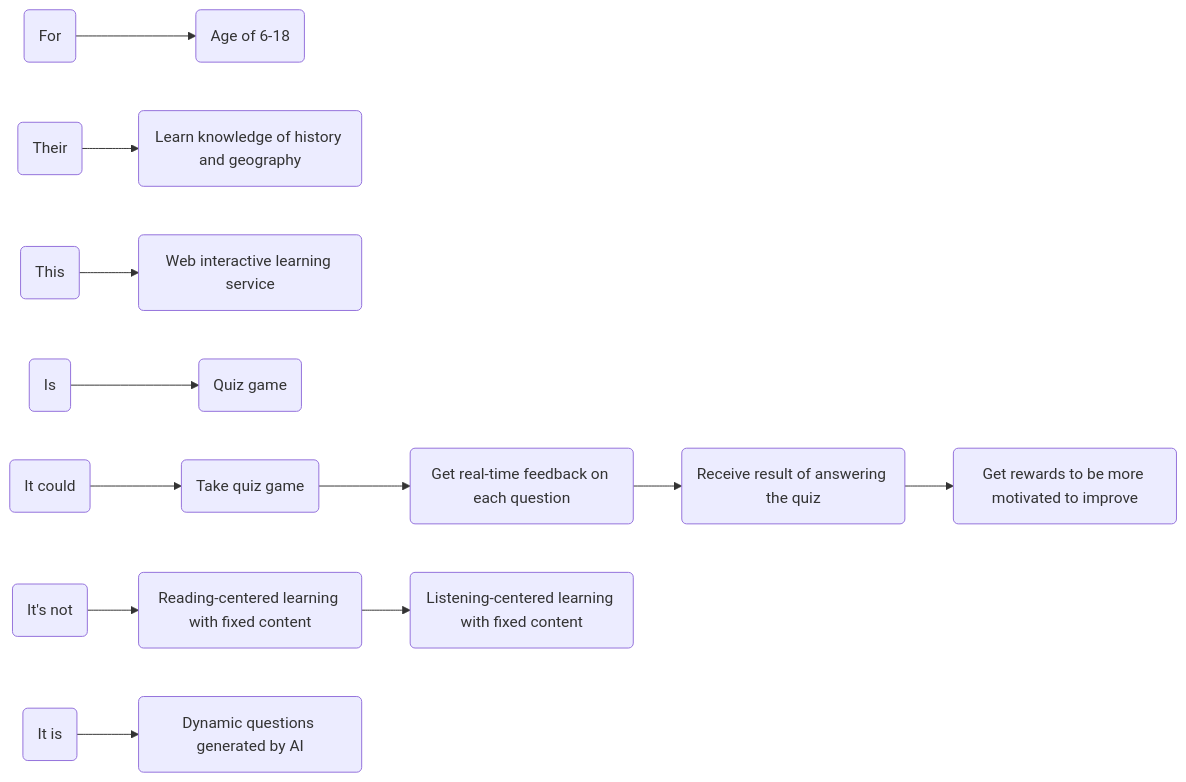
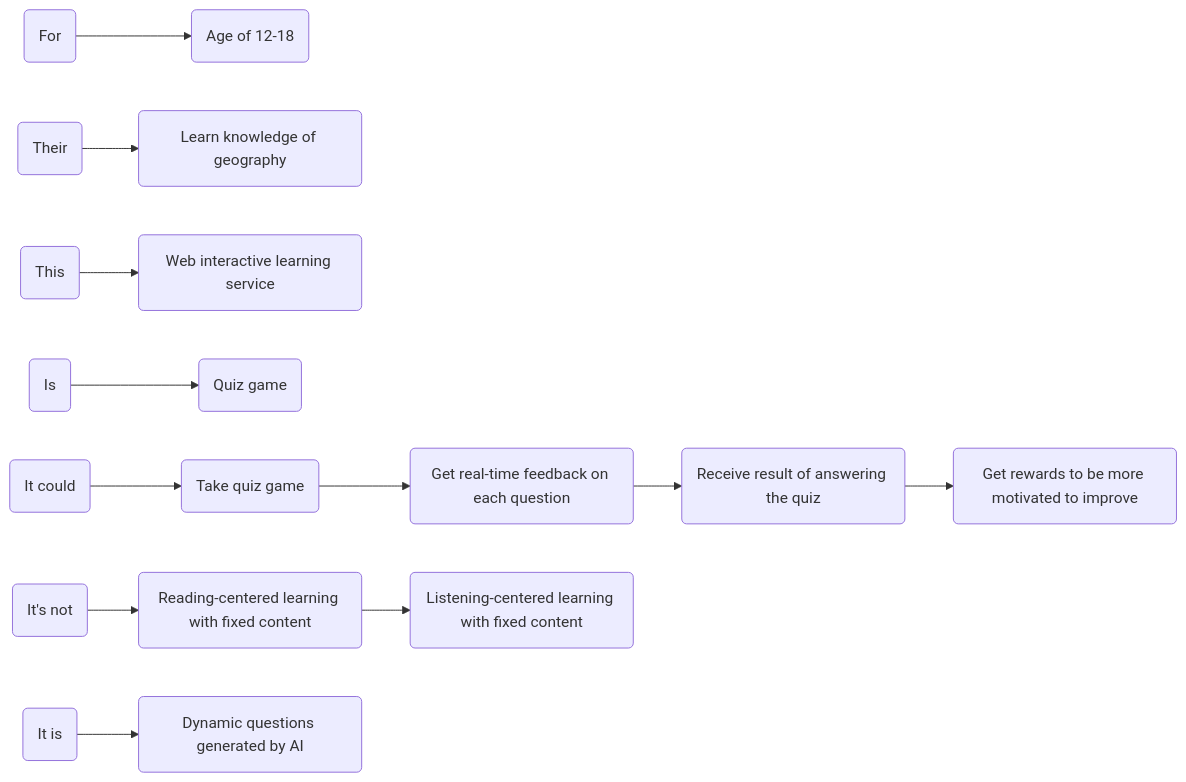
The diagram in _posts/2024-10-19-DDD3.md (zhumeisongsong/blog), drawn with Mermaid before and after one commit. The commit also changed other lines of this file and 2 other files, not shown here.

````diff
--- a/_posts/2024-10-19-DDD3.md
+++ b/_posts/2024-10-19-DDD3.md
@@ -65,20 +65,20 @@
 ```mermaid
 graph LR
-A(For) --> B(Age of 6-18)
+A(For) --> B(Age of 12-18)
 
-C(Their) --> D(Learn knowledge of history and geography)
+C(Their) --> D(Learn knowledge of geography)
 
 E(This) --> F(Web interactive learning service)
 
 G(Is) --> H(Quiz game)
 
 I(It could) --> J(Take quiz game)
 J --> K(Get real-time feedback on each question)
 K --> L(Receive result of answering the quiz)
 L --> M(Get rewards to be more motivated to improve)
 
 N(It's not) --> O(Reading-centered learning with fixed content)
 O --> P(Listening-centered learning with fixed content)
 
 Q(It is) --> R(Dynamic questions generated by AI)
 ```
````
